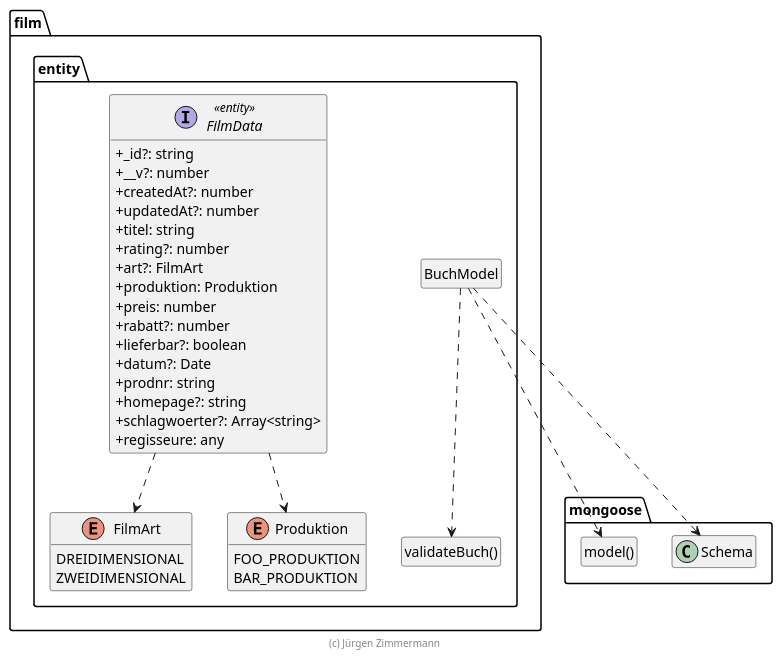
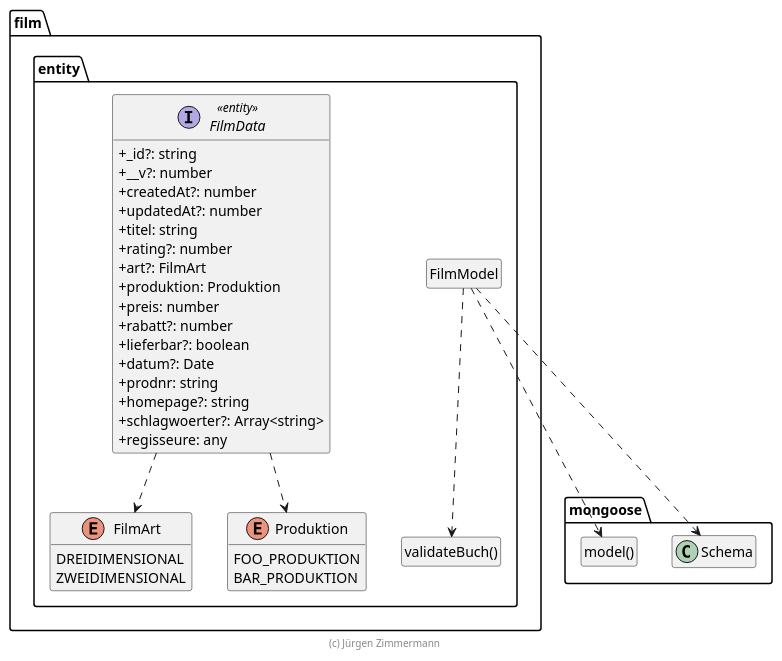
Before and after one commit to marcelmaerdian/SWE_WS2020: the diagram in doc/entwicklerhandbuch/Film.puml, drawn with PlantUML. The commit also changed 4 other files, not shown here.

Commit message:
FilmModel bearbeitet

```diff
--- a/doc/entwicklerhandbuch/Film.puml
+++ b/doc/entwicklerhandbuch/Film.puml
@@ -15,62 +15,62 @@
 @startuml Anwendungskern
 
 !pragma useNewPackage
 skinparam classAttributeIconSize 0
 skinparam componentStyle uml2
 
 package mongoose {
   class Schema
 
   class "model()" as model
   hide model circle
 }
 
 package film.entity {
   class "validateBuch()" as validateBuch
   hide validateBuch circle
 
-  class BuchModel
-  hide BuchModel circle
+  class FilmModel
+  hide FilmModel circle
 
-  BuchModel ..> Schema
-  BuchModel ..> model
-  BuchModel ..> validateBuch
+  FilmModel ..> Schema
+  FilmModel ..> model
+  FilmModel ..> validateBuch
 
   FilmData ..> FilmArt
   FilmData ..> Produktion
 
   enum FilmArt {
     DREIDIMENSIONAL
     ZWEIDIMENSIONAL
   }
 
   enum Produktion {
     FOO_PRODUKTION
     BAR_PRODUKTION
   }
 
   interface FilmData <<entity>> {
     + _id?: string
     + __v?: number
     + createdAt?: number
     + updatedAt?: number
     + titel: string
     + rating?: number
     + art?: FilmArt
     + produktion: Produktion
     + preis: number
     + rabatt?: number
     + lieferbar?: boolean
     + datum?: Date
     + prodnr: string
     + homepage?: string
     + schlagwoerter?: Array<string>
     + regisseure: any
   }
 }
 
 hide empty members
 
 footer (c) Jürgen Zimmermann
 
 @enduml
```
